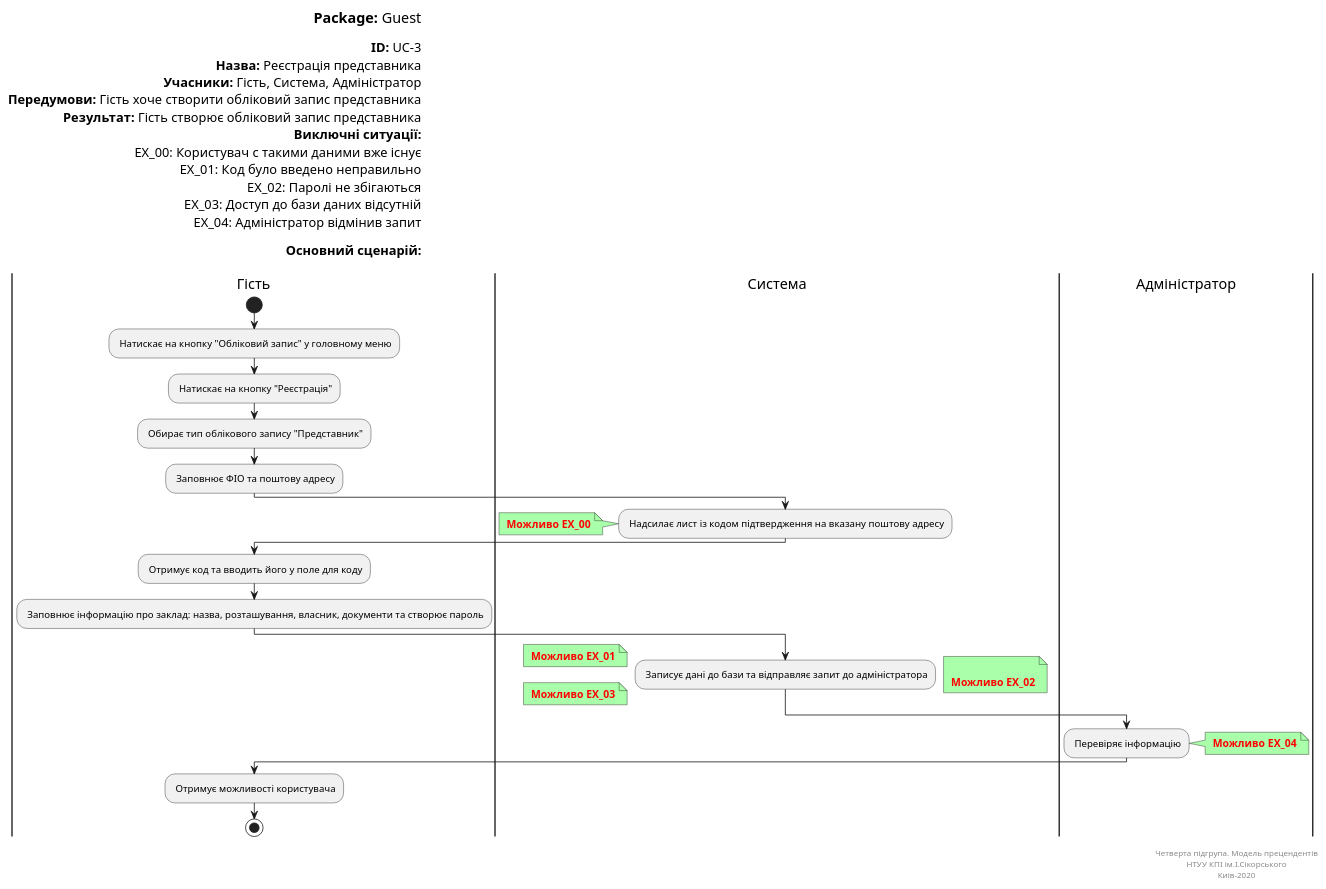
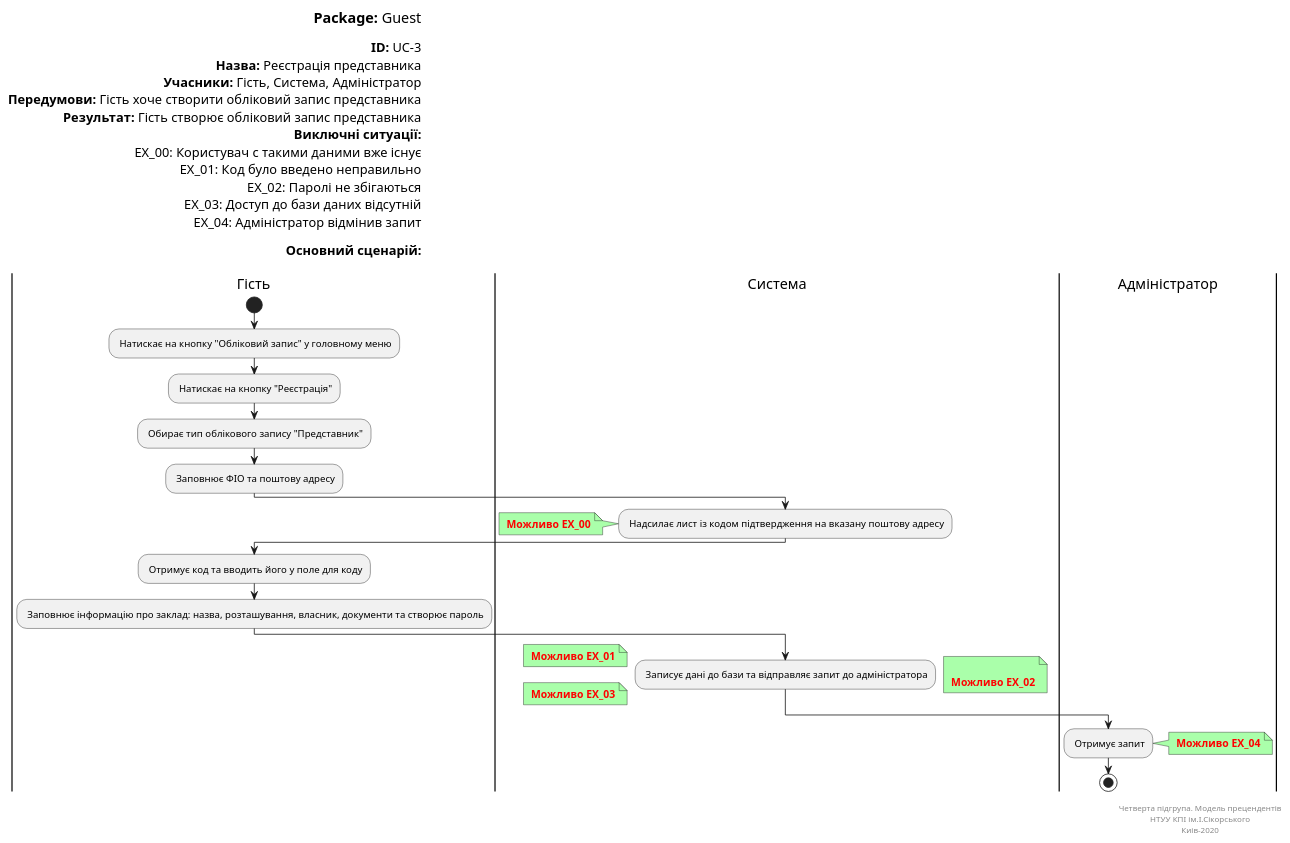
The diagram in UML/guest/Diagrams/UC3.pu (yehorbk/kpi-programming), drawn with PlantUML before and after one commit.

```diff
--- a/UML/guest/Diagrams/UC3.pu
+++ b/UML/guest/Diagrams/UC3.pu
@@ -1,70 +1,67 @@
 @startuml
 left header
 <font color=000 size=18><b>Package:</b> Guest
 
 <font color=000 size=16><b>ID:</b> UC-3
 <font color=000 size=16><b>Назва:</b> Реєстрація представника
 <font color=000 size=16><b>Учасники:</b> Гість, Система, Адміністратор
 <font color=000 size=16><b>Передумови:</b> Гість хоче створити обліковий запис представника
 <font color=000 size=16><b>Результат:</b> Гість створює обліковий запис представника
 <font color=000 size=16><b>Виключні ситуації:</b>
 <font color=000 size=16> EX_00: Користувач с такими даними вже існує
 <font color=000 size=16> EX_01: Код було введено неправильно  
 <font color=000 size=16> EX_02: Паролі не збігаються
 <font color=000 size=16> EX_03: Доступ до бази даних відсутній
 <font color=000 size=16> EX_04: Адміністратор відмінив запит
 
 <font color=000 size=16><b>Основний сценарій:</b>
 
 end header
 
 |Гість|
 start
 : Натискає на кнопку "Обліковий запис" у головному меню;
 : Натискає на кнопку "Реєстрація";
 : Обирає тип облікового запису "Представник";
 : Заповнює ФІО та поштову адресу;
 
 
 |Система|
 : Надсилає лист із кодом підтвердження на вказану поштову адресу;
 note left #aaffaa
 <font color=red><b> Можливо EX_00
 end note
 
 |Гість|
 : Отримує код та вводить його у поле для коду;
 
 : Заповнює інформацію про заклад: назва, розташування, власник, документи та створює пароль;
 
 
 |Система|
 : Записує дані до бази та відправляє запит до адміністратора;
 note right #aaffaa
 
 <font color=red><b> Можливо EX_02
 end note
 note left #aaffaa
 <font color=red><b> Можливо EX_01
 end note
 note left #aaffaa
 <font color=red><b> Можливо EX_03
 end note
 
 |Адміністратор|
-: Перевіряє інформацію;
+: Отримує запит;
 note right #aaffaa
 <font color=red><b> Можливо EX_04
 end note
-
-|Гість|
-: Отримує можливості користувача;
 stop;
 
 right footer
 
 Четверта підгрупа. Модель прецендентів
 НТУУ КПІ ім.І.Сікорського
 Киів-2020
 end footer
 @enduml
```
